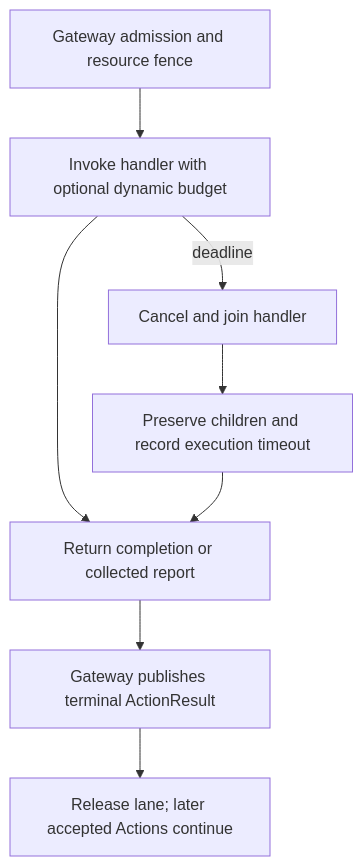
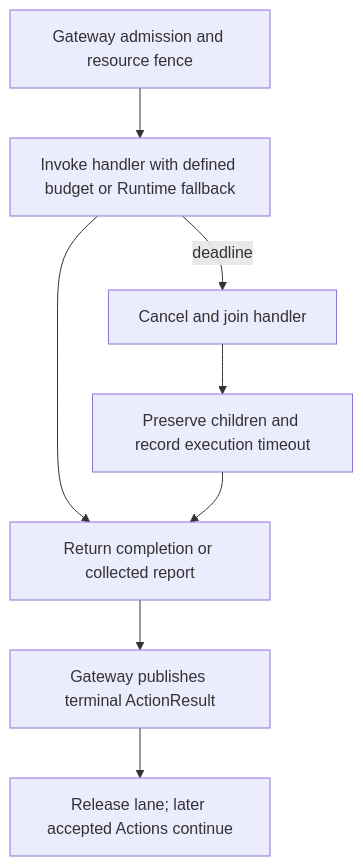
Before and after one commit to devilyouwei/MobileHarness: the second of 2 diagrams in MobileHarness/Actions/Runtime/README.md, drawn with Mermaid. The commit also changed other lines of this file and 38 other files, not shown here.

````diff
--- a/MobileHarness/Actions/Runtime/README.md
+++ b/MobileHarness/Actions/Runtime/README.md
@@ -41,10 +41,10 @@
 ```mermaid
 flowchart TD
-    Admit[Gateway admission and resource fence] --> Execute[Invoke handler with optional dynamic budget]
+    Admit[Gateway admission and resource fence] --> Execute[Invoke handler with defined budget or Runtime fallback]
     Execute --> Done[Return completion or collected report]
     Execute -->|deadline| Cancel[Cancel and join handler]
     Cancel --> Preserve[Preserve children and record execution timeout]
     Preserve --> Done
     Done --> Result[Gateway publishes terminal ActionResult]
     Result --> Next[Release lane; later accepted Actions continue]
 ```
````
